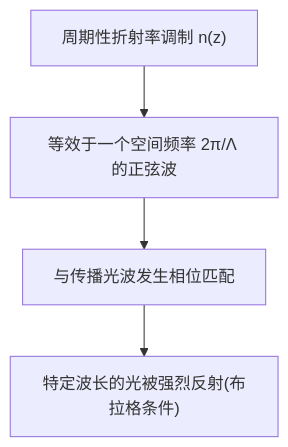
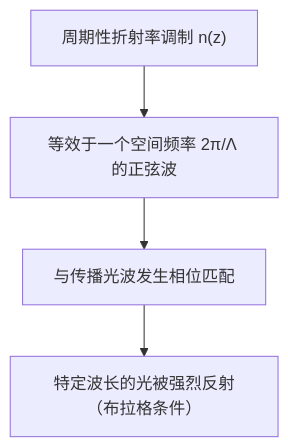
One commit to Camille-vis/Camille-vis.github.io changed the third of 3 diagrams in content/blog/从高中物理到光纤布拉格光栅传感器 0数学预备/index.md. Above: the diagram before and after it, drawn with Mermaid. The commit also changed other lines of this file and 61 other files, not shown here.

````diff
--- a/content/blog/从高中物理到光纤布拉格光栅传感器 0数学预备/index.md
+++ b/content/blog/从高中物理到光纤布拉格光栅传感器 0数学预备/index.md
@@ -480,6 +620,6 @@
 ```mermaid
 graph TD
     A["周期性折射率调制 n(z)"] --> B["等效于一个空间频率 2π/Λ 的正弦波"]
     B --> C["与传播光波发生相位匹配"]
-    C --> D["特定波长的光被强烈反射(布拉格条件)"]
+    C --> D["特定波长的光被强烈反射（布拉格条件）"]
 ```
````
